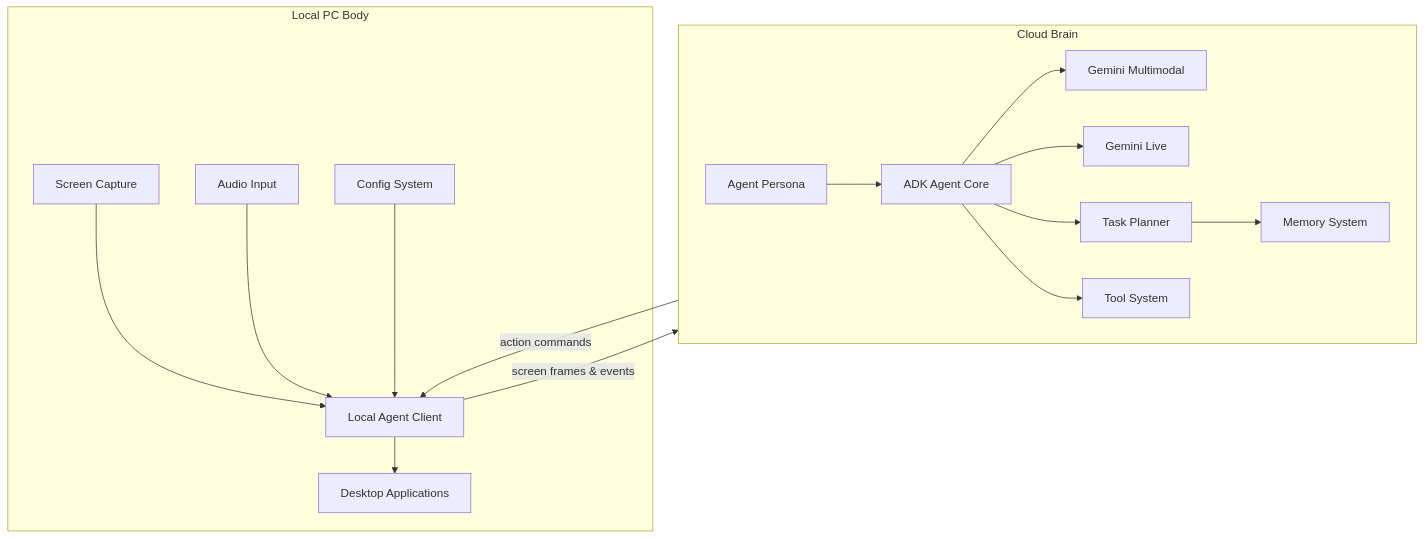
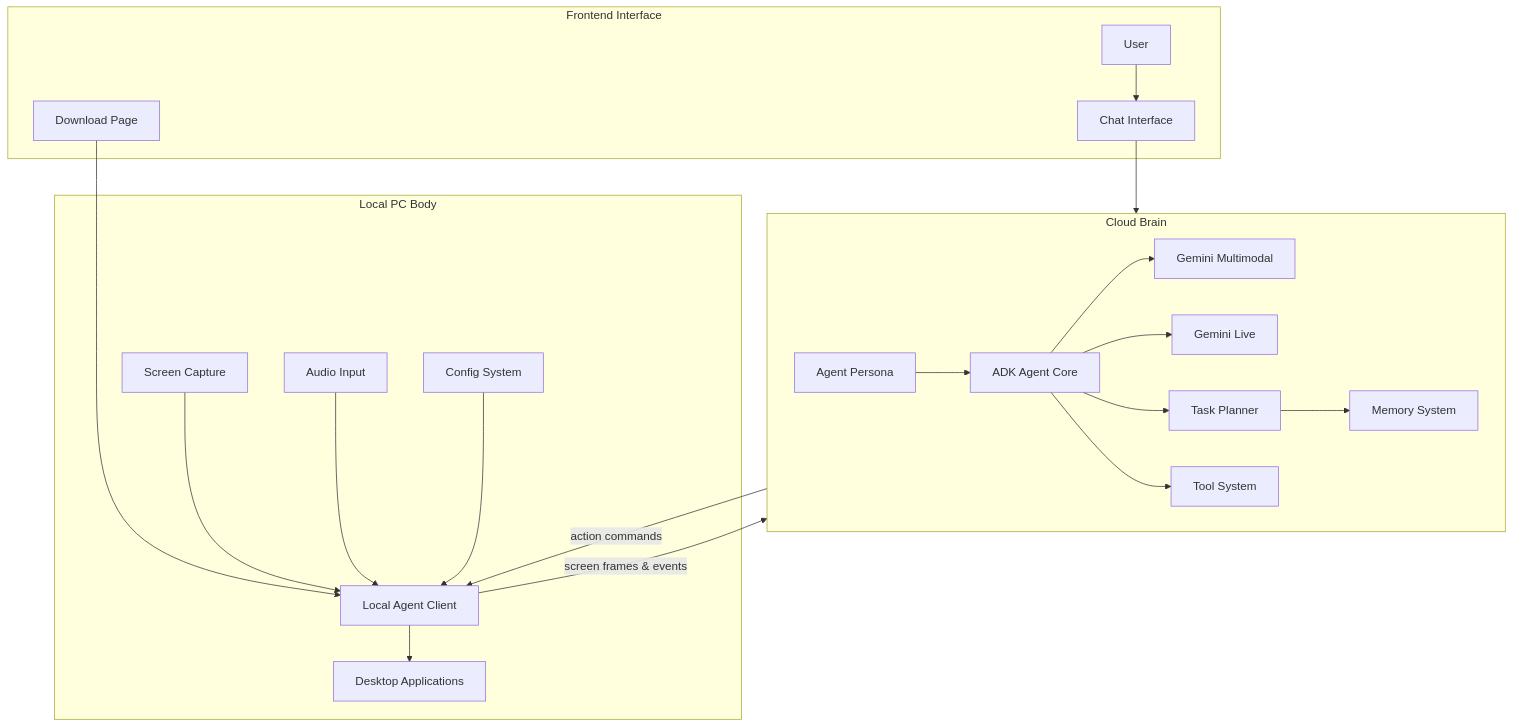
Before and after one commit to tobiawolaju/The-Intern: the diagram in README.md, drawn with Mermaid.

````diff
--- a/README.md
+++ b/README.md
@@ -142,36 +142,48 @@
 ```mermaid
 flowchart TB
+
+subgraph FRONTEND["Frontend Interface"]
+U[User]
+CHAT[Chat Interface]
+DL[Download Page]
+end
 
 subgraph PC["Local PC Body"]
 A[Screen Capture]
 B[Audio Input]
 C[Local Agent Client]
 D[Desktop Applications]
 F[Config System]
-
-A --> C
-B --> C
-C --> D
-F --> C
 end
 
 subgraph CLOUD["Cloud Brain"]
 G[ADK Agent Core]
 H[Agent Persona]
 I[Gemini Multimodal]
 J[Gemini Live]
 K[Task Planner]
 L[Tool System]
 M[Memory System]
 end
 
+U --> CHAT
+CHAT --> CLOUD
+DL --> C
+
+A --> C
+B --> C
+C --> D
+F --> C
+
 C -->|screen frames & events| CLOUD
 CLOUD -->|action commands| C
 
 H --> G
 G --> I
 G --> J
 G --> K
 G --> L
 K --> M
+
+
 ```
````
